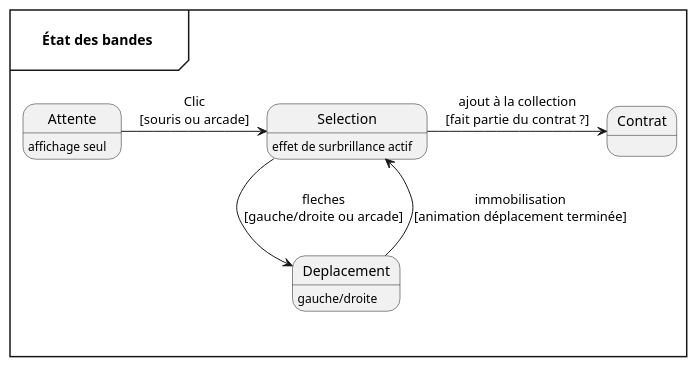
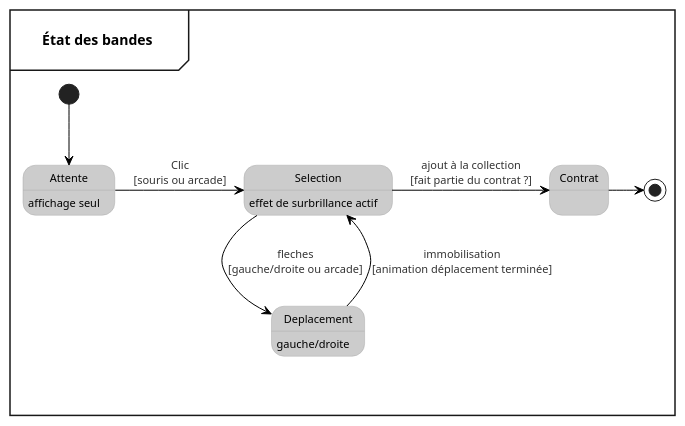
One commit to MaiveCL/Projet_session_JV changed the diagram in docs/uml/puml/BandesStateDiagram.puml. Above: the diagram before and after it, drawn with PlantUML.

Commit message:
Diagramme d'état bandes mis a jour

```diff
--- a/docs/uml/puml/BandesStateDiagram.puml
+++ b/docs/uml/puml/BandesStateDiagram.puml
@@ -1,14 +1,17 @@
 @startuml "État des bandes"
+!theme reddress-lightred
 
 mainframe  \n\t**État des bandes**\t\n
+
     state Attente : affichage seul
     state Selection : effet de surbrillance actif
     state Deplacement : gauche/droite
     state Contrat
 
+    [*] --> Attente
     Attente -> Selection : Clic\n[souris ou arcade]
     Selection -> Deplacement : fleches\n[gauche/droite ou arcade]
     Deplacement --> Selection :immobilisation\n[animation déplacement terminée]
     Selection -> Contrat :ajout à la collection\n[fait partie du contrat ?]
-
+    Contrat -> [*]
 @enduml
```
